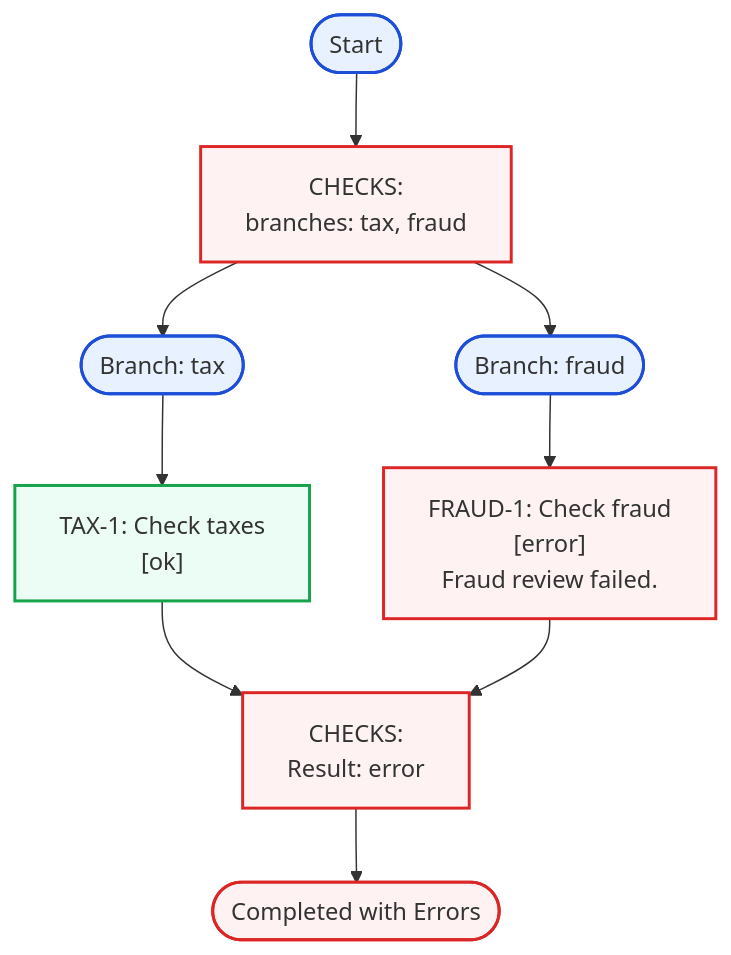
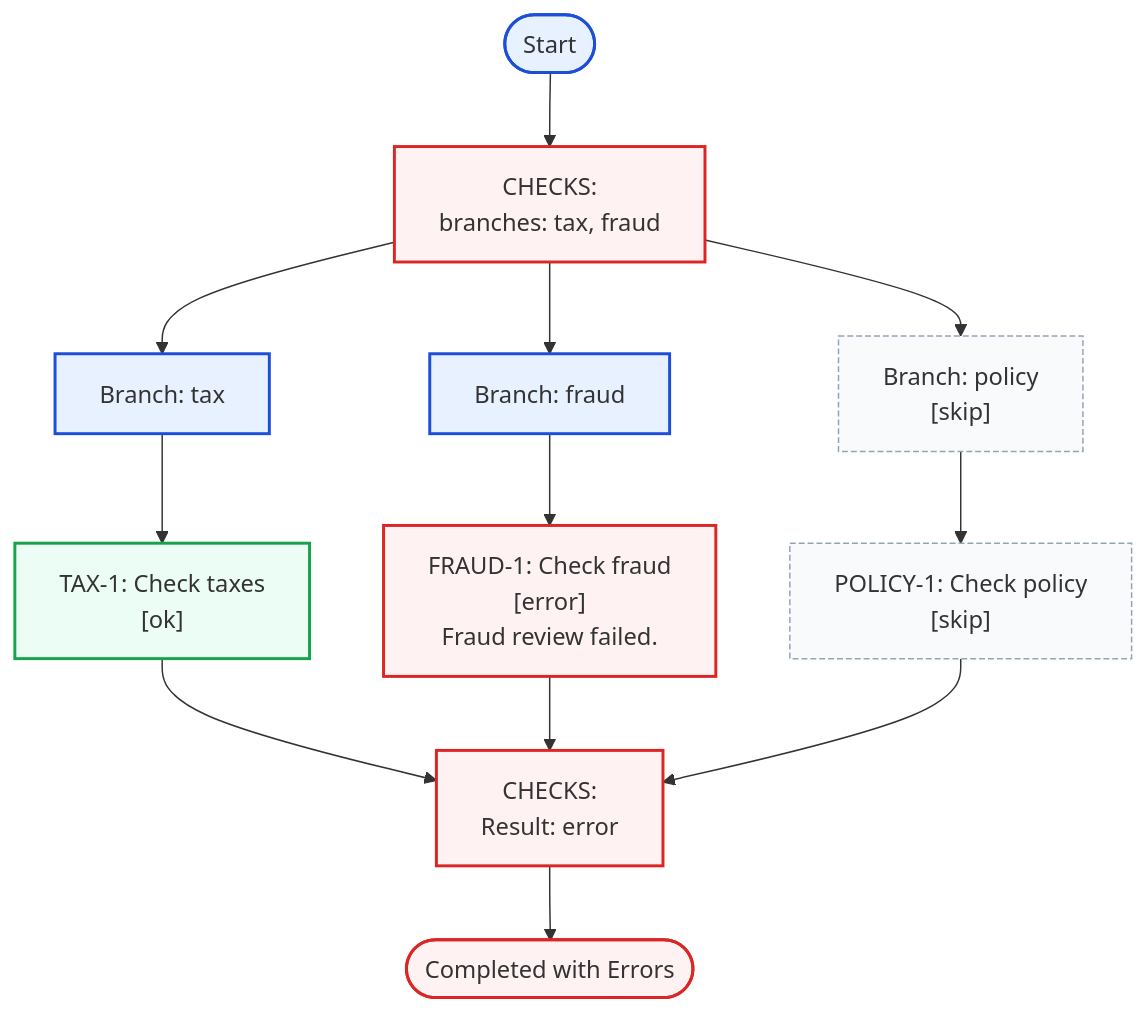
Before and after one commit to mikko-apo/structured-flow: the seventh of 8 diagrams in README.md, drawn with Mermaid. The commit also changed other lines of this file and 5 other files, not shown here.

Commit message:
branch() stores unselected branches in the result

````diff
--- a/README.md
+++ b/README.md
@@ -868,37 +963,46 @@
 ```mermaid
 flowchart TD
   start([Start])
   step_0["CHECKS:
 branches: tax, fraud"]
   branch_0_result["CHECKS:
 Result: error"]
   class branch_0_result failure
-  branch_0_0_start([Branch: tax])
+  branch_0_0_start["Branch: tax"]
   step_0 --> branch_0_0_start
   branch_0_0_step_0["TAX-1: Check taxes
 [ok]"]
   branch_0_0_start --> branch_0_0_step_0
   branch_0_0_step_0 --> branch_0_result
   class branch_0_0_step_0 success
   class branch_0_0_start executed
-  branch_0_1_start([Branch: fraud])
+  branch_0_1_start["Branch: fraud"]
   step_0 --> branch_0_1_start
   branch_0_1_step_0["FRAUD-1: Check fraud
 [error]
 Fraud review failed."]
   branch_0_1_start --> branch_0_1_step_0
   branch_0_1_step_0 --> branch_0_result
   class branch_0_1_step_0 failure
   class branch_0_1_start executed
+  branch_0_2_start["Branch: policy
+[skip]"]
+  step_0 --> branch_0_2_start
+  branch_0_2_step_0["POLICY-1: Check policy
+[skip]"]
+  branch_0_2_start --> branch_0_2_step_0
+  branch_0_2_step_0 --> branch_0_result
+  class branch_0_2_step_0 neutral
+  class branch_0_2_start neutral
   branch_0_result --> done
   done([Completed with Errors])
   start --> step_0
   classDef executed fill:#e8f1ff,stroke:#1d4ed8,stroke-width:2px
   classDef success fill:#ecfdf5,stroke:#16a34a,stroke-width:2px
   classDef complete fill:#f0fdf4,stroke:#15803d,stroke-width:2px
   classDef failure fill:#fef2f2,stroke:#dc2626,stroke-width:2px
   classDef neutral fill:#f8fafc,stroke:#94a3b8,stroke-dasharray: 4 2
   class step_0 failure
   class start executed
   class done failure
 ```
````
